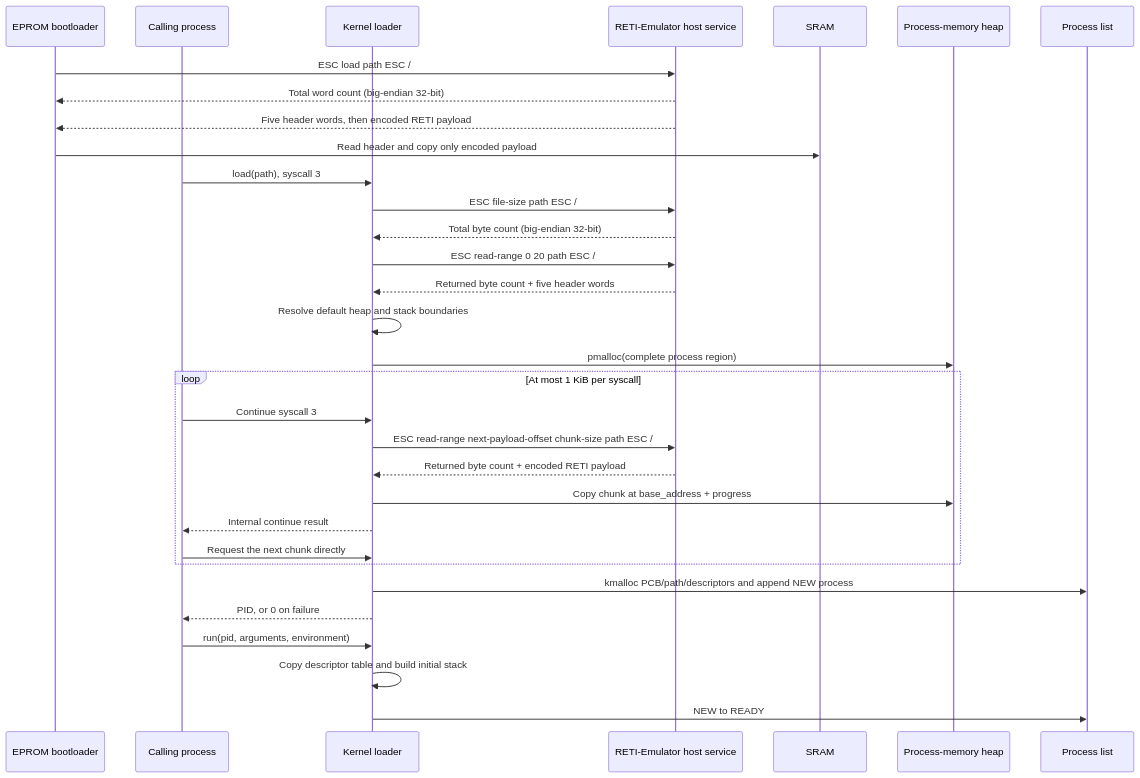
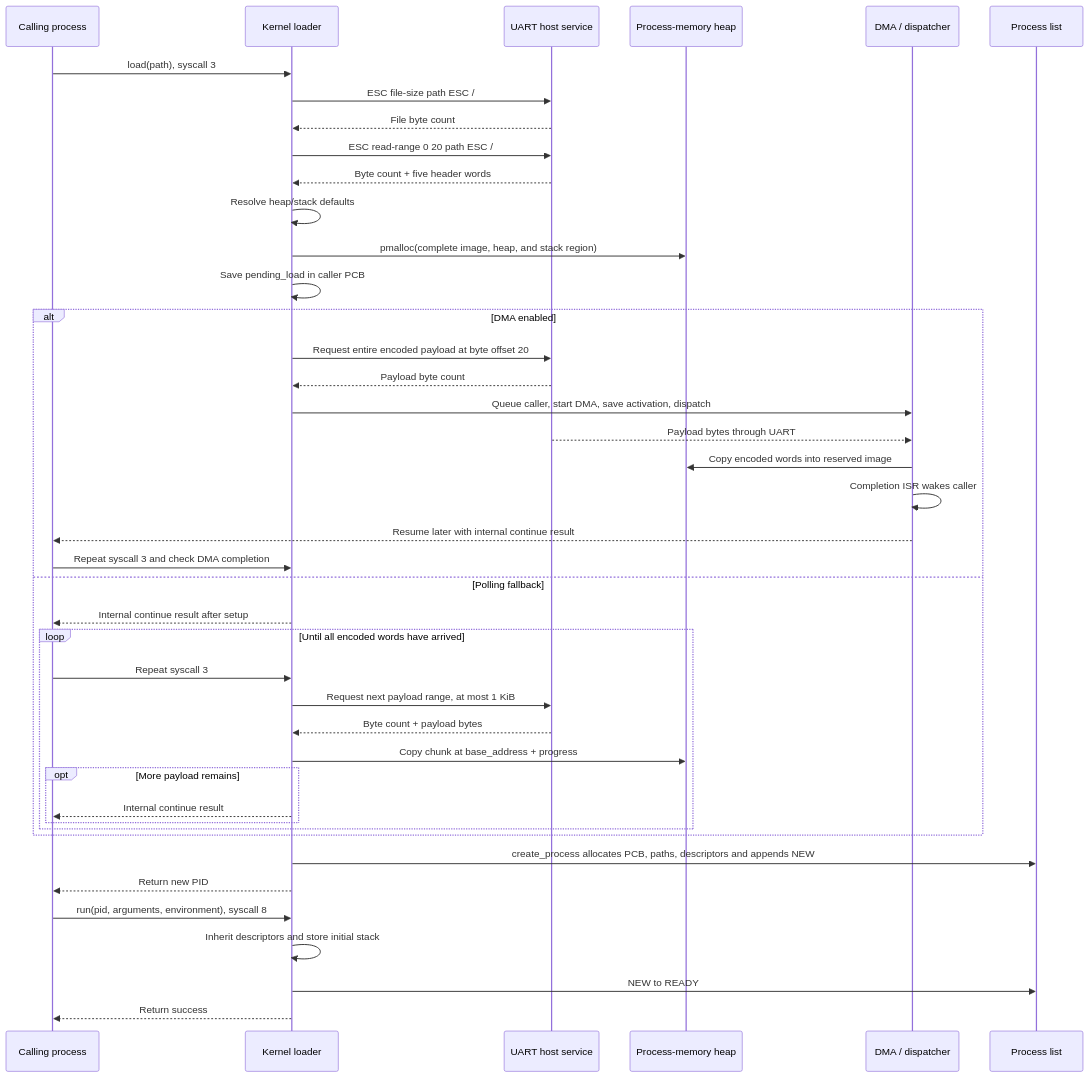
Before and after one commit to matthejue/Pico-OS: the tenth of 30 diagrams in README.md, drawn with Mermaid. The commit also changed other lines of this file, not shown here.

Commit message:
updated README with clearer explanations, diagrams, and source links

````diff
--- a/README.md
+++ b/README.md
@@ -1694,36 +1791,45 @@
 ```mermaid
 sequenceDiagram
-    participant B as EPROM bootloader
     participant C as Calling process
     participant K as Kernel loader
-    participant H as RETI-Emulator host service
-    participant M as SRAM
-    participant PM as Process-memory heap
-    participant PT as Process list
-
-    B->>H: ESC load path ESC /
-    H-->>B: Total word count (big-endian 32-bit)
-    H-->>B: Five header words, then encoded RETI payload
-    B->>M: Read header and copy only encoded payload
+    participant H as UART host service
+    participant M as Process-memory heap
+    participant D as DMA / dispatcher
+    participant P as Process list
 
     C->>K: load(path), syscall 3
     K->>H: ESC file-size path ESC /
-    H-->>K: Total byte count (big-endian 32-bit)
+    H-->>K: File byte count
     K->>H: ESC read-range 0 20 path ESC /
-    H-->>K: Returned byte count + five header words
-    K->>K: Resolve default heap and stack boundaries
-    K->>PM: pmalloc(complete process region)
-    loop At most 1 KiB per syscall
-        C->>K: Continue syscall 3
-        K->>H: ESC read-range next-payload-offset chunk-size path ESC /
-        H-->>K: Returned byte count + encoded RETI payload
-        K->>PM: Copy chunk at base_address + progress
-        K-->>C: Internal continue result
-        C->>K: Request the next chunk directly
+    H-->>K: Byte count + five header words
+    K->>K: Resolve heap/stack defaults
+    K->>M: pmalloc(complete image, heap, and stack region)
+    K->>K: Save pending_load in caller PCB
+    alt DMA enabled
+        K->>H: Request entire encoded payload at byte offset 20
+        H-->>K: Payload byte count
+        K->>D: Queue caller, start DMA, save activation, dispatch
+        H-->>D: Payload bytes through UART
+        D->>M: Copy encoded words into reserved image
+        D->>D: Completion ISR wakes caller
+        D-->>C: Resume later with internal continue result
+        C->>K: Repeat syscall 3 and check DMA completion
+    else Polling fallback
+        K-->>C: Internal continue result after setup
+        loop Until all encoded words have arrived
+            C->>K: Repeat syscall 3
+            K->>H: Request next payload range, at most 1 KiB
+            H-->>K: Byte count + payload bytes
+            K->>M: Copy chunk at base_address + progress
+            opt More payload remains
+                K-->>C: Internal continue result
+            end
+        end
     end
-    K->>PT: kmalloc PCB/path/descriptors and append NEW process
-    K-->>C: PID, or 0 on failure
-    C->>K: run(pid, arguments, environment)
-    K->>K: Copy descriptor table and build initial stack
-    K->>PT: NEW to READY
+    K->>P: create_process allocates PCB, paths, descriptors and appends NEW
+    K-->>C: Return new PID
+    C->>K: run(pid, arguments, environment), syscall 8
+    K->>K: Inherit descriptors and store initial stack
+    K->>P: NEW to READY
+    K-->>C: Return success
 ```
````
